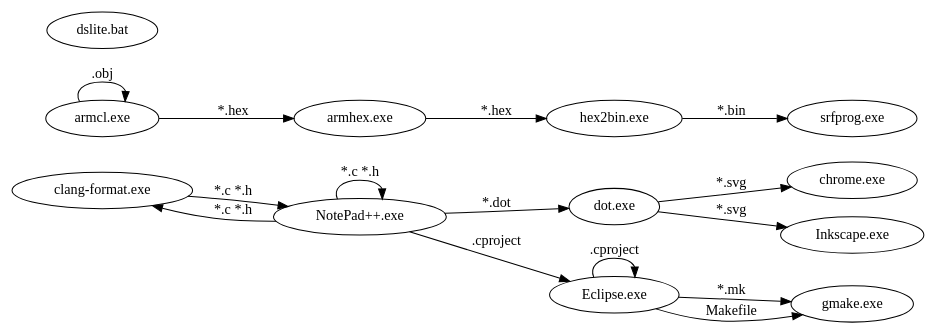
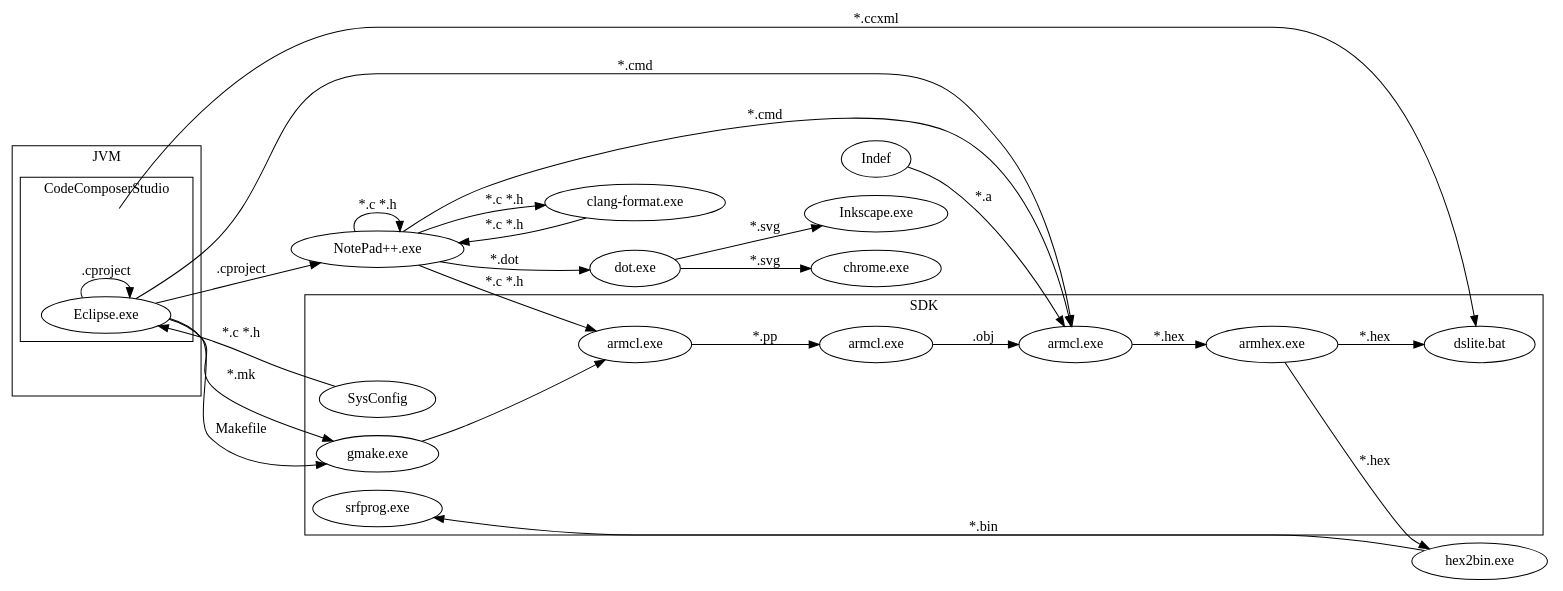
The diagram in docs/CC26x2_ToolChain.dot (aabzel/ti_mcu_code_base), drawn with Graphviz before and after one commit. The commit also changed 5 other files, not shown here.

```diff
--- a/docs/CC26x2_ToolChain.dot
+++ b/docs/CC26x2_ToolChain.dot
@@ -1,29 +1,57 @@
-digraph graphname {
+digraph  graphname {
     rankdir=LR;
+
+
+	subgraph clusterJVM  {
+	   label="JVM"
+	   JVM[shape="none"][style="invis"][label=""];
+	    subgraph clusterCSS  {
+	       label="CodeComposerStudio"
+	       CCS[shape="none"][style="invis"][label=""];
+           Eclipse [label="Eclipse.exe"];
+        }
+    }
+
+	    subgraph clusterSDK  {
+	       label="SDK"
+	       SDK[shape="none"][style="invis"][label=""];
+	       dslite [label="dslite.bat"];
+	SysConfig  [label="SysConfig"];
+	compiler[label="armcl.exe"];
+	Linker [label="armcl.exe"];
+	gmake[label="gmake.exe"]
+	srfprog[label="srfprog.exe"];
+	armhex[label="armhex.exe"];
+    Preprocessor[label="armcl.exe"];
+        }
+		
+	Preprocessor->compiler[label="*.pp"];
 	clangformat [label="clang-format.exe"];
     Notepadpp [label="NotePad++.exe"];
 	dot [label="dot.exe"];
 	chrome [label="chrome.exe"];
+	Notepadpp->Preprocessor[label="*.c *.h"];
 	Inkscape [label="Inkscape.exe"];
-    Eclipse [label="Eclipse.exe"];
-	gmake[label="gmake.exe"]
-	armcl[label="armcl.exe"];
-	srfprog[label="srfprog.exe"];
-	armcl->armcl[label=".obj"];
+	SysConfig->Eclipse[label="*.c *.h"];
+	Eclipse->Linker[label="*.cmd"];
+	Notepadpp->Linker[label="*.cmd"];
+	compiler->Linker[label=".obj"];
+	Indef->Linker[label="*.a"];
 	hex2bin[label="hex2bin.exe"];
-	armhex[label="armhex.exe"];
-    dslite[label="dslite.bat"];
+	gmake->Preprocessor;
 	armhex->hex2bin[label="*.hex"];
-	Notepadpp->Eclipse[label=".cproject"];
+	Eclipse->Notepadpp[label=".cproject"];
     Eclipse->Eclipse [label=".cproject"];
     Notepadpp->Notepadpp[label="*.c *.h"];
     Notepadpp->clangformat[label="*.c *.h"];
 	clangformat->Notepadpp[label="*.c *.h"];
 	Notepadpp->dot[label="*.dot"];
-	armcl->armhex[label="*.hex"];
+	Linker->armhex[label="*.hex"];
+	armhex->dslite[label="*.hex"];
+	CCS->dslite[label="*.ccxml"];
 	hex2bin->srfprog[label="*.bin"];
 	dot->chrome[label="*.svg"];
 	Eclipse->gmake[label="*.mk"];
 	Eclipse->gmake[label="Makefile"];
 	dot->Inkscape[label="*.svg"];
 }
```
